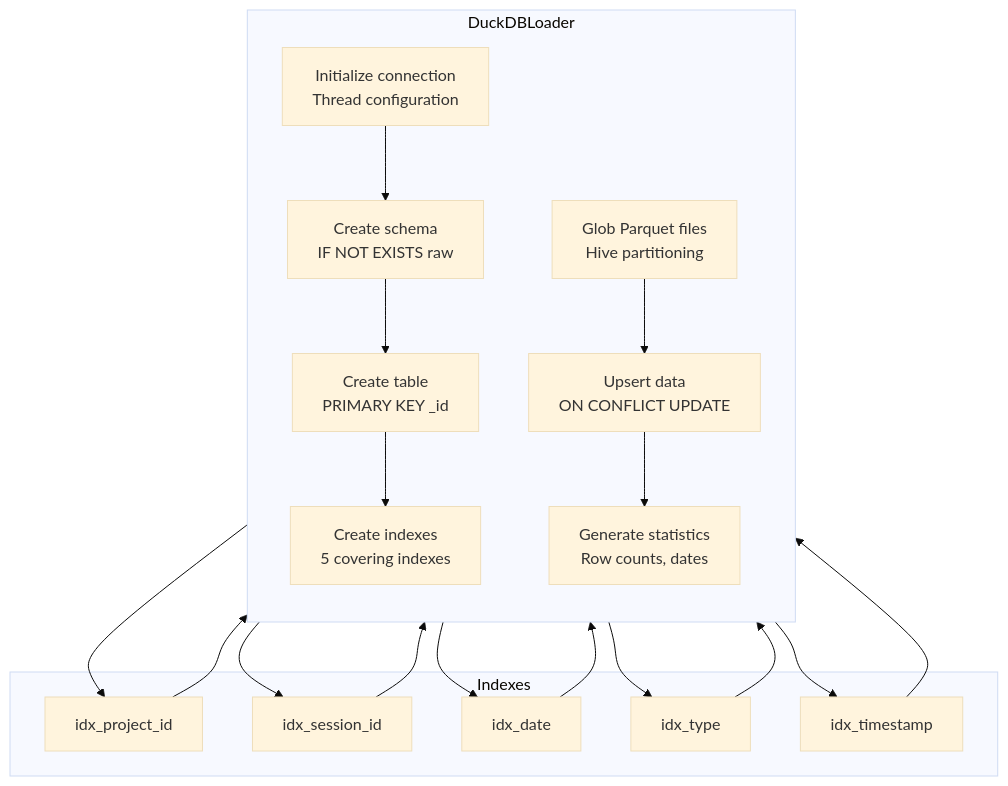
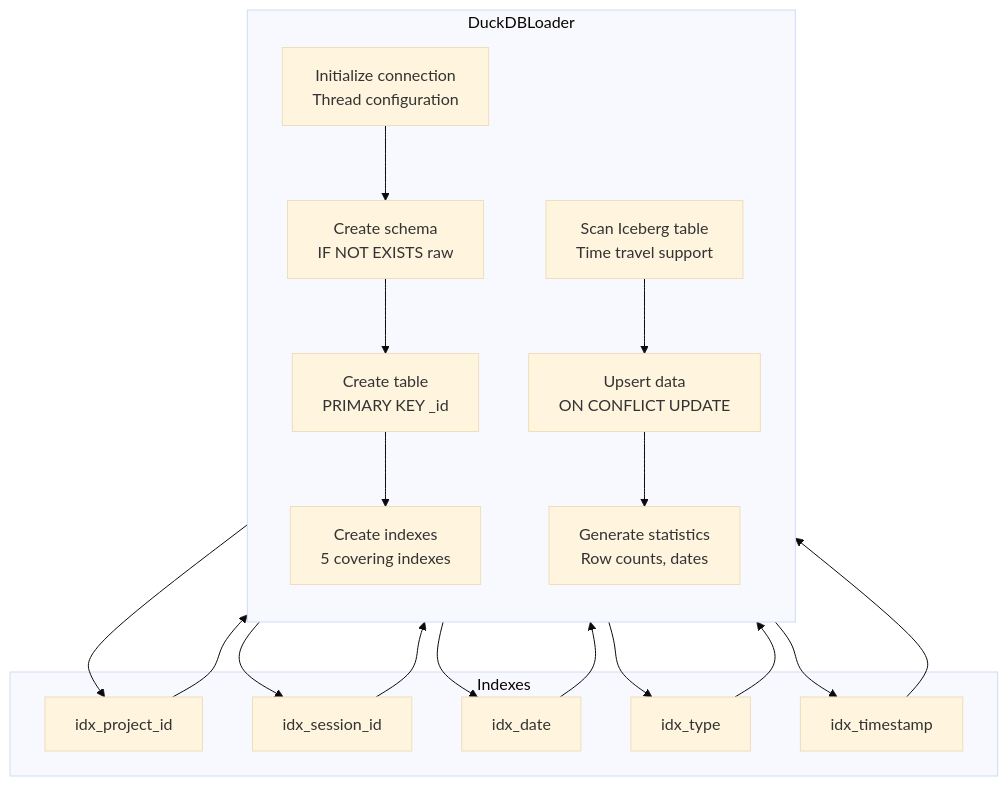
Before and after one commit to farshad-akbari-hb/claude-code-conversation-analytics: the seventh of 17 diagrams in analytics/ARCHITECTURE.md, drawn with Mermaid (base theme). The commit also changed other lines of this file and 26 other files, not shown here.

First line of the commit message:
claude/parquet-to-iceberg-migration-L3Vxm (#1)

````diff
--- a/analytics/ARCHITECTURE.md
+++ b/analytics/ARCHITECTURE.md
@@ -448,37 +448,37 @@
 ```mermaid
 flowchart TB
     subgraph DuckDBLoader
         direction TB
         INIT[Initialize connection<br/>Thread configuration]
         SCHEMA[Create schema<br/>IF NOT EXISTS raw]
         TABLE[Create table<br/>PRIMARY KEY _id]
         INDEX[Create indexes<br/>5 covering indexes]
-        GLOB[Glob Parquet files<br/>Hive partitioning]
+        SCAN[Scan Iceberg table<br/>Time travel support]
         UPSERT[Upsert data<br/>ON CONFLICT UPDATE]
         STATS[Generate statistics<br/>Row counts, dates]
     end
 
     subgraph Indexes
         I1[idx_project_id]
         I2[idx_session_id]
         I3[idx_date]
         I4[idx_type]
         I5[idx_timestamp]
     end
 
     INIT --> SCHEMA
     SCHEMA --> TABLE
     TABLE --> INDEX
     INDEX --> I1
     INDEX --> I2
     INDEX --> I3
     INDEX --> I4
     INDEX --> I5
-    I1 --> GLOB
-    I2 --> GLOB
-    I3 --> GLOB
-    I4 --> GLOB
-    I5 --> GLOB
-    GLOB --> UPSERT
+    I1 --> SCAN
+    I2 --> SCAN
+    I3 --> SCAN
+    I4 --> SCAN
+    I5 --> SCAN
+    SCAN --> UPSERT
     UPSERT --> STATS
 ```
````
